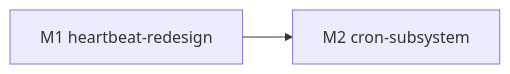
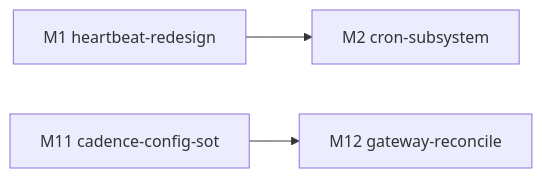
One commit to Mrchen116/nano-multiagent changed the diagram in docs/changes/feat-394-heartbeat-cron-redesign/design.md. Above: the diagram before and after it, drawn with Mermaid. The commit also changed other lines of this file and 4 other files, not shown here.

First line of the commit message:
docs(feat-394): 验收修订——决策 E(cadence 真源对齐 openclaw)+ F(gateway 配置对账)+ M11/M12

````diff
--- a/docs/changes/feat-394-heartbeat-cron-redesign/design.md
+++ b/docs/changes/feat-394-heartbeat-cron-redesign/design.md
@@ -248,4 +281,5 @@
 ```mermaid
 graph LR
   M1[M1 heartbeat-redesign] --> M2[M2 cron-subsystem]
+  M11[M11 cadence-config-sot] --> M12[M12 gateway-reconcile]
 ```
````
